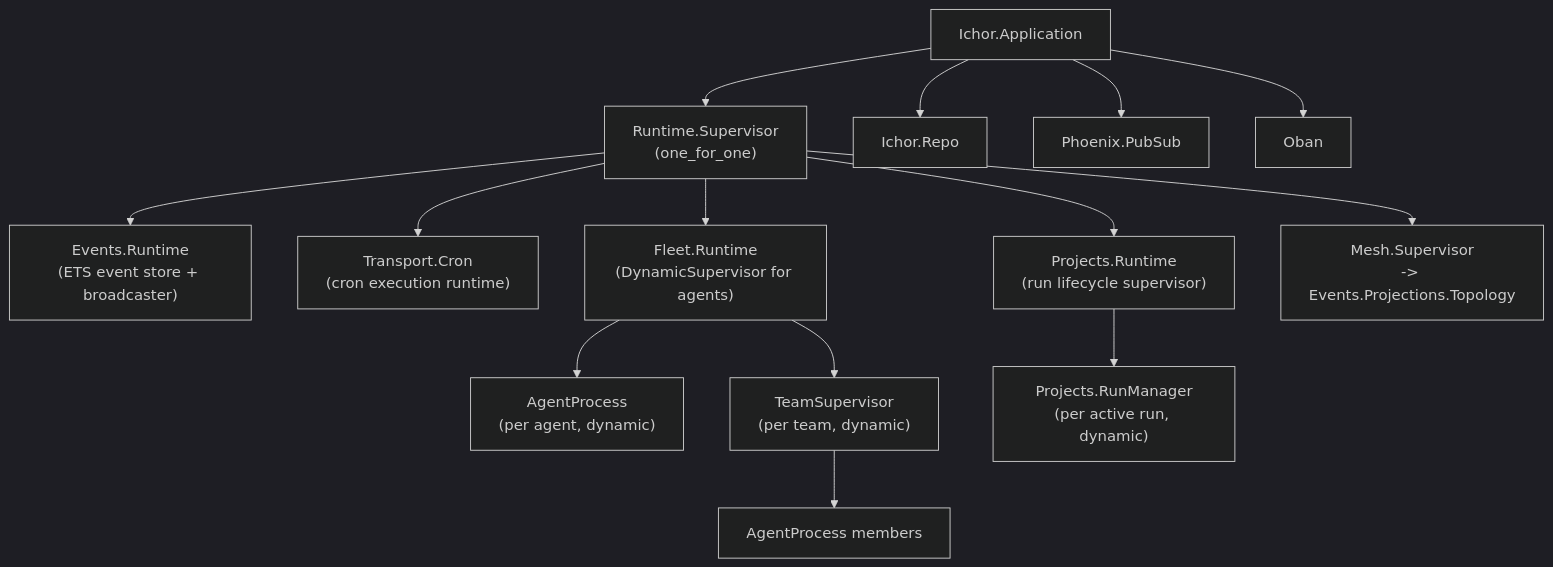
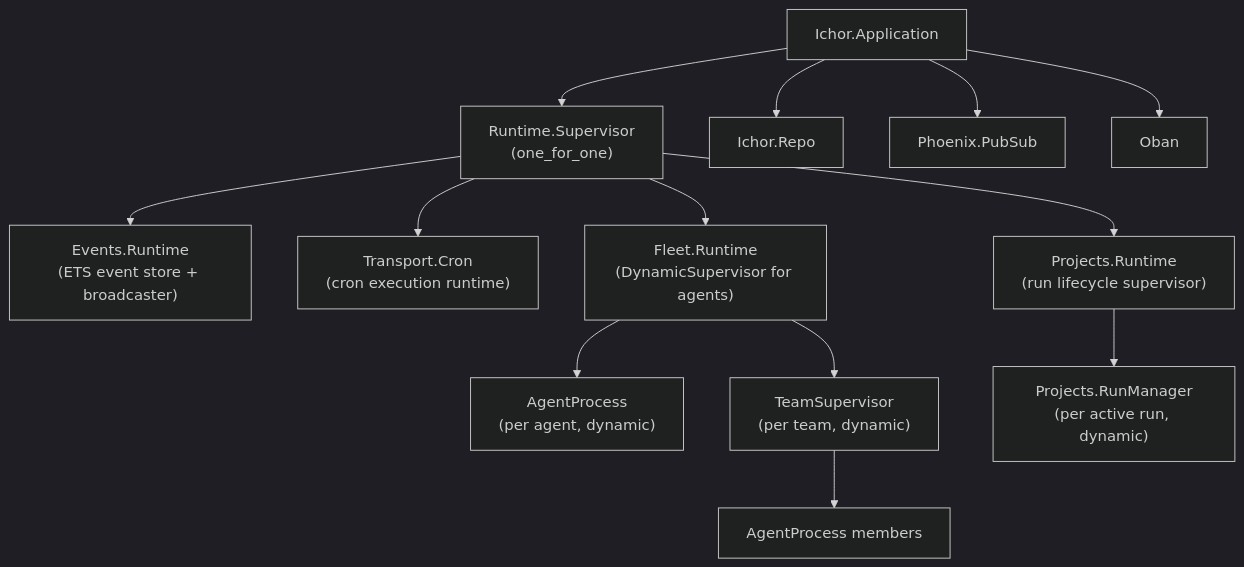
Before and after one commit to architects-of-type-IV/agent-observatory: the diagram in docs/architecture/supervision-tree.md, drawn with Mermaid (dark theme). The commit also changed other lines of this file and 9 other files, not shown here.

````diff
--- a/docs/architecture/supervision-tree.md
+++ b/docs/architecture/supervision-tree.md
@@ -8,21 +8,21 @@
 ```mermaid
 graph TD
     App["Ichor.Application"]
 
     App --> RS["Runtime.Supervisor\n(one_for_one)"]
     App --> Repo["Ichor.Repo"]
     App --> PubSub["Phoenix.PubSub"]
     App --> Oban["Oban"]
 
     RS --> ER["Events.Runtime\n(ETS event store + broadcaster)"]
     RS --> TR["Transport.Cron\n(cron execution runtime)"]
     RS --> FR["Fleet.Runtime\n(DynamicSupervisor for agents)"]
     RS --> PR["Projects.Runtime\n(run lifecycle supervisor)"]
-    RS --> MS["Mesh.Supervisor\n-> Events.Projections.Topology"]
+
 
     FR --> AP["AgentProcess\n(per agent, dynamic)"]
     FR --> TS["TeamSupervisor\n(per team, dynamic)"]
     TS --> AP2["AgentProcess members"]
 
     PR --> Runner["Projects.RunManager\n(per active run, dynamic)"]
 ```
````
